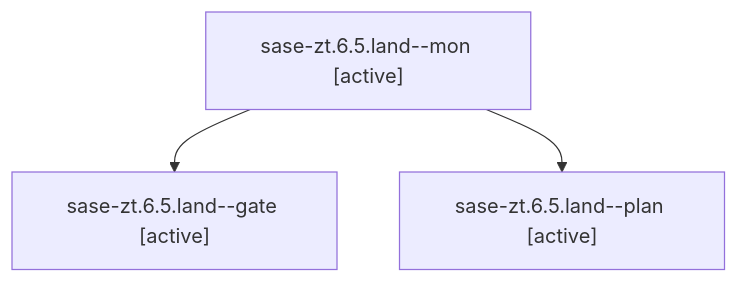
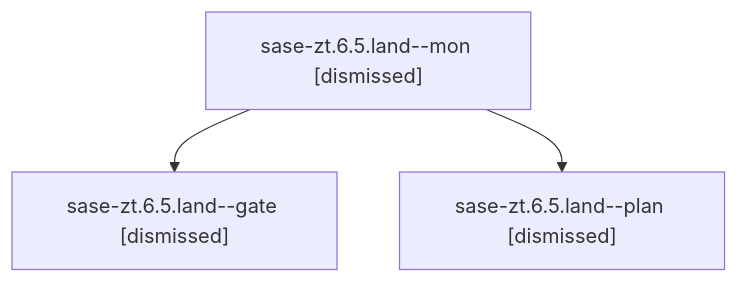
One commit to sase-org/sase--agents changed the diagram in sessions/bbugyi200.athena.sase-zt.6.5.land.md. Above: the diagram before and after it, drawn with Mermaid. The commit also changed other lines of this file and 209 other files, not shown here.

````diff
--- a/sessions/bbugyi200.athena.sase-zt.6.5.land.md
+++ b/sessions/bbugyi200.athena.sase-zt.6.5.land.md
@@ -9,8 +9,8 @@
 ```mermaid
 flowchart TD
-  n0["sase-zt.6.5.land--mon [active]"]
-  n1["sase-zt.6.5.land--gate [active]"]
+  n0["sase-zt.6.5.land--mon [dismissed]"]
+  n1["sase-zt.6.5.land--gate [dismissed]"]
   n0 --> n1
-  n2["sase-zt.6.5.land--plan [active]"]
+  n2["sase-zt.6.5.land--plan [dismissed]"]
   n0 --> n2
 ```
````
